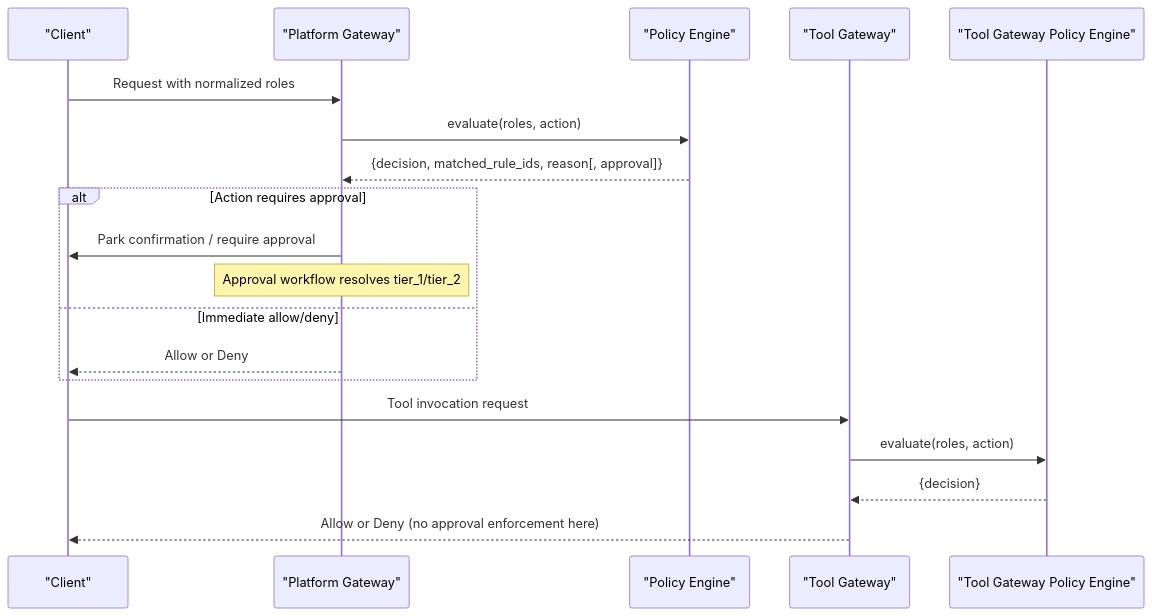
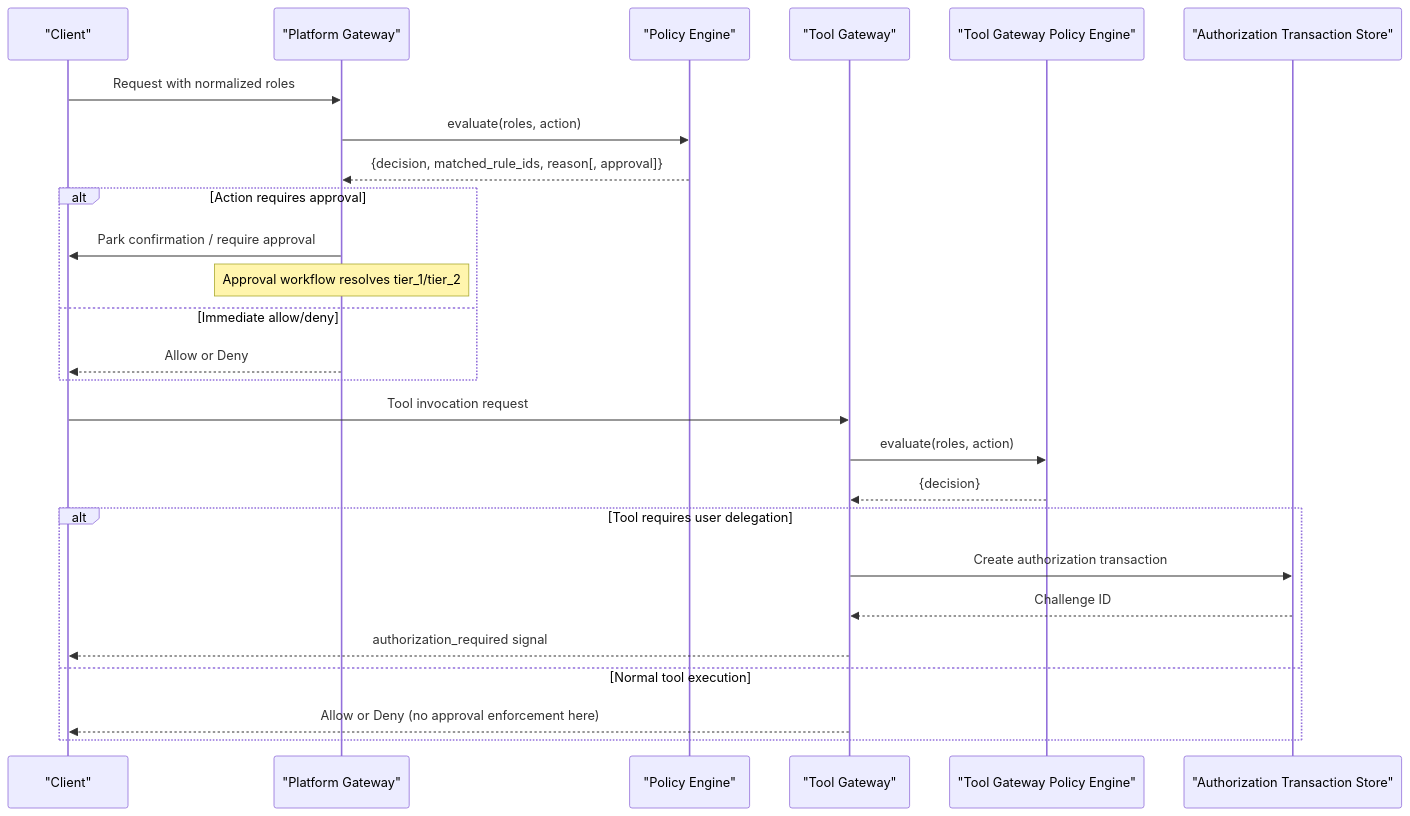
The second of 12 diagrams in .qoder/repowiki/en/content/Core Services/Platform Gateway/Policy Engine and Authorization.md (metasync/luban-aiops), drawn with Mermaid before and after one commit. The commit also changed other lines of this file and 215 other files, not shown here.

````diff
--- a/.qoder/repowiki/en/content/Core Services/Platform Gateway/Policy Engine and Authorization.md
+++ b/.qoder/repowiki/en/content/Core Services/Platform Gateway/Policy Engine and Authorization.md
@@ -107,21 +135,28 @@
 ```mermaid
 sequenceDiagram
 participant Client as "Client"
 participant PGW as "Platform Gateway"
 participant PE as "Policy Engine"
 participant TM as "Tool Gateway"
 participant TE as "Tool Gateway Policy Engine"
+participant ATX as "Authorization Transaction Store"
 Client->>PGW : Request with normalized roles
 PGW->>PE : evaluate(roles, action)
 PE-->>PGW : {decision, matched_rule_ids, reason[, approval]}
 alt Action requires approval
 PGW->>Client : Park confirmation / require approval
 Note over PGW : Approval workflow resolves tier_1/tier_2
 else Immediate allow/deny
 PGW-->>Client : Allow or Deny
 end
 Client->>TM : Tool invocation request
 TM->>TE : evaluate(roles, action)
 TE-->>TM : {decision}
+alt Tool requires user delegation
+TM->>ATX : Create authorization transaction
+ATX-->>TM : Challenge ID
+TM-->>Client : authorization_required signal
+else Normal tool execution
 TM-->>Client : Allow or Deny (no approval enforcement here)
+end
 ```
````
